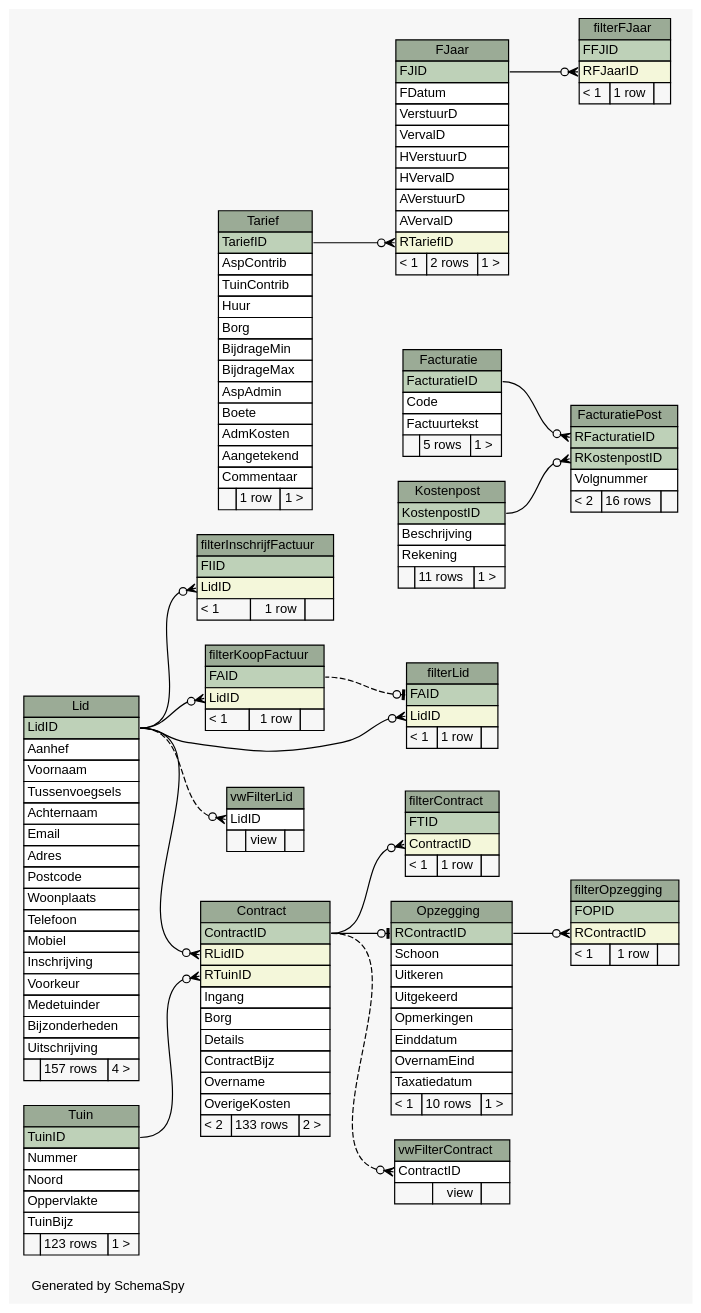
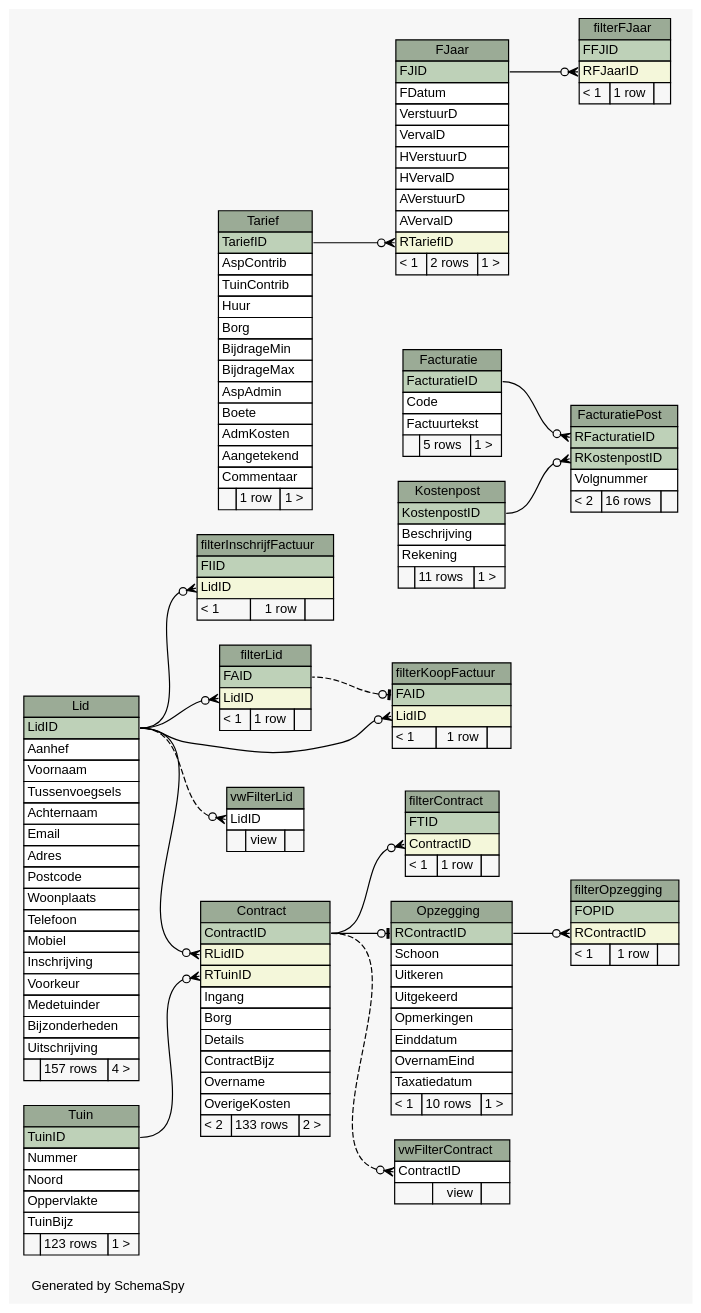
The diagram in db-schema-docs/diagrams/summary/relationships.implied.large.dot (slspeek/ona-volkstuin), drawn with Graphviz before and after one commit. The commit also changed 48 other files, not shown here.

Commit message:
Schema update

```diff
--- a/db-schema-docs/diagrams/summary/relationships.implied.large.dot
+++ b/db-schema-docs/diagrams/summary/relationships.implied.large.dot
@@ -261,8 +261,8 @@
   "filterContract":"ContractID":w -> "Contract":"ContractID":e [arrowhead=none dir=back arrowtail=crowodot];
   "filterFJaar":"RFJaarID":w -> "FJaar":"FJID":e [arrowhead=none dir=back arrowtail=crowodot];
   "filterInschrijfFactuur":"LidID":w -> "Lid":"LidID":e [arrowhead=none dir=back arrowtail=crowodot];
+  "filterKoopFactuur":"FAID":w -> "filterLid":"FAID":e [arrowhead=none dir=back arrowtail=teeodot style=dashed];
   "filterKoopFactuur":"LidID":w -> "Lid":"LidID":e [arrowhead=none dir=back arrowtail=crowodot];
-  "filterLid":"FAID":w -> "filterKoopFactuur":"FAID":e [arrowhead=none dir=back arrowtail=teeodot style=dashed];
   "filterLid":"LidID":w -> "Lid":"LidID":e [arrowhead=none dir=back arrowtail=crowodot];
   "filterOpzegging":"RContractID":w -> "Opzegging":"RContractID":e [arrowhead=none dir=back arrowtail=crowodot];
   "FJaar":"RTariefID":w -> "Tarief":"TariefID":e [arrowhead=none dir=back arrowtail=crowodot];
```
